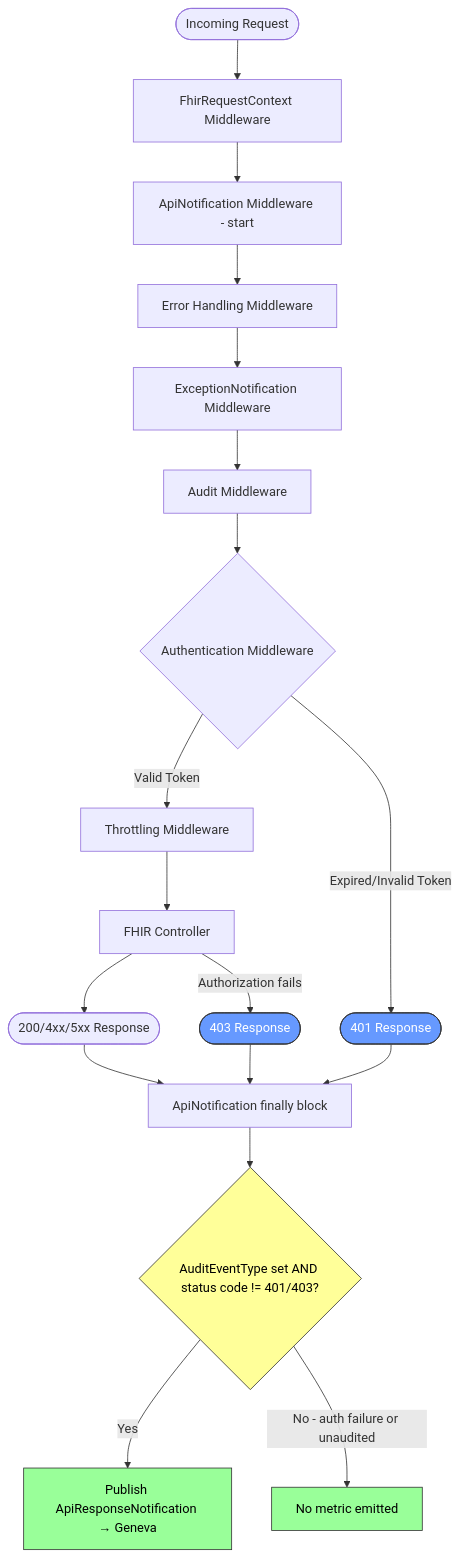
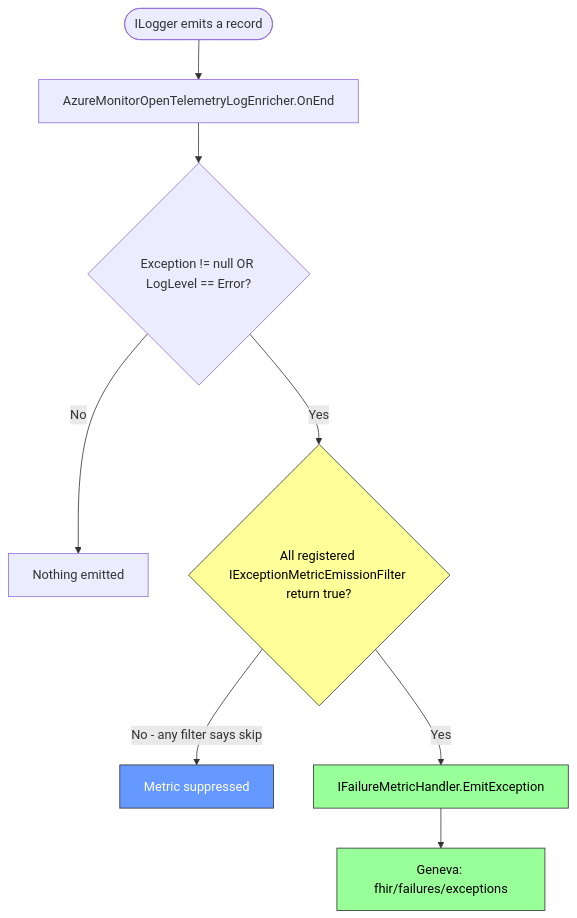
One commit to microsoft/fhir-server changed the second of 2 diagrams in docs/arch/adr-2605-metric-emission-rate-limiting.md. Above: the diagram before and after it, drawn with Mermaid. The commit also changed other lines of this file and 10 other files, not shown here.

First line of the commit message:
Replace status-code filter with pluggable exception metric filter

````diff
--- a/docs/arch/adr-2605-metric-emission-rate-limiting.md
+++ b/docs/arch/adr-2605-metric-emission-rate-limiting.md
@@ -94,30 +100,15 @@
 ```mermaid
 flowchart TD
-    REQ([Incoming Request]) --> CTX[FhirRequestContext Middleware]
-    CTX --> API_START[ApiNotification Middleware - start]
-    API_START --> ERR[Error Handling Middleware]
-    ERR --> EXC[ExceptionNotification Middleware]
-    EXC --> AUDIT[Audit Middleware]
-    AUDIT --> AUTH{Authentication Middleware}
+    LOG([ILogger emits a record]) --> ENRICH[AzureMonitorOpenTelemetryLogEnricher.OnEnd]
+    ENRICH --> CHECK{Exception != null OR LogLevel == Error?}
+    CHECK -->|No| SKIP[Nothing emitted]
+    CHECK -->|Yes| FILTERS{All registered IExceptionMetricEmissionFilter return true?}
+    FILTERS -->|No - any filter says skip| SUPPRESS[Metric suppressed]
+    FILTERS -->|Yes| HANDLER[IFailureMetricHandler.EmitException]
+    HANDLER --> GENEVA[Geneva: fhir/failures/exceptions]
 
-    AUTH -->|Valid Token| THROTTLE[Throttling Middleware]
-    THROTTLE --> CONTROLLER[FHIR Controller]
-    CONTROLLER --> RESP_OK([200/4xx/5xx Response])
-
-    AUTH -->|Expired/Invalid Token| RESP_401([401 Response])
-    CONTROLLER -->|Authorization fails| RESP_403([403 Response])
-
-    RESP_OK --> API_FINALLY[ApiNotification finally block]
-    RESP_401 --> API_FINALLY
-    RESP_403 --> API_FINALLY
-
-    API_FINALLY --> GUARD{AuditEventType set AND status code != 401/403?}
-    GUARD -->|Yes| EMIT[Publish ApiResponseNotification → Geneva]
-    GUARD -->|No - auth failure or unaudited| SKIP[No metric emitted]
-
-    style RESP_401 fill:#69f,stroke:#333,color:#fff
-    style RESP_403 fill:#69f,stroke:#333,color:#fff
-    style GUARD fill:#ff9,stroke:#333,color:#000
-    style EMIT fill:#9f9,stroke:#333,color:#000
-    style SKIP fill:#9f9,stroke:#333,color:#000
+    style FILTERS fill:#ff9,stroke:#333,color:#000
+    style SUPPRESS fill:#69f,stroke:#333,color:#fff
+    style HANDLER fill:#9f9,stroke:#333,color:#000
+    style GENEVA fill:#9f9,stroke:#333,color:#000
 ```
````
